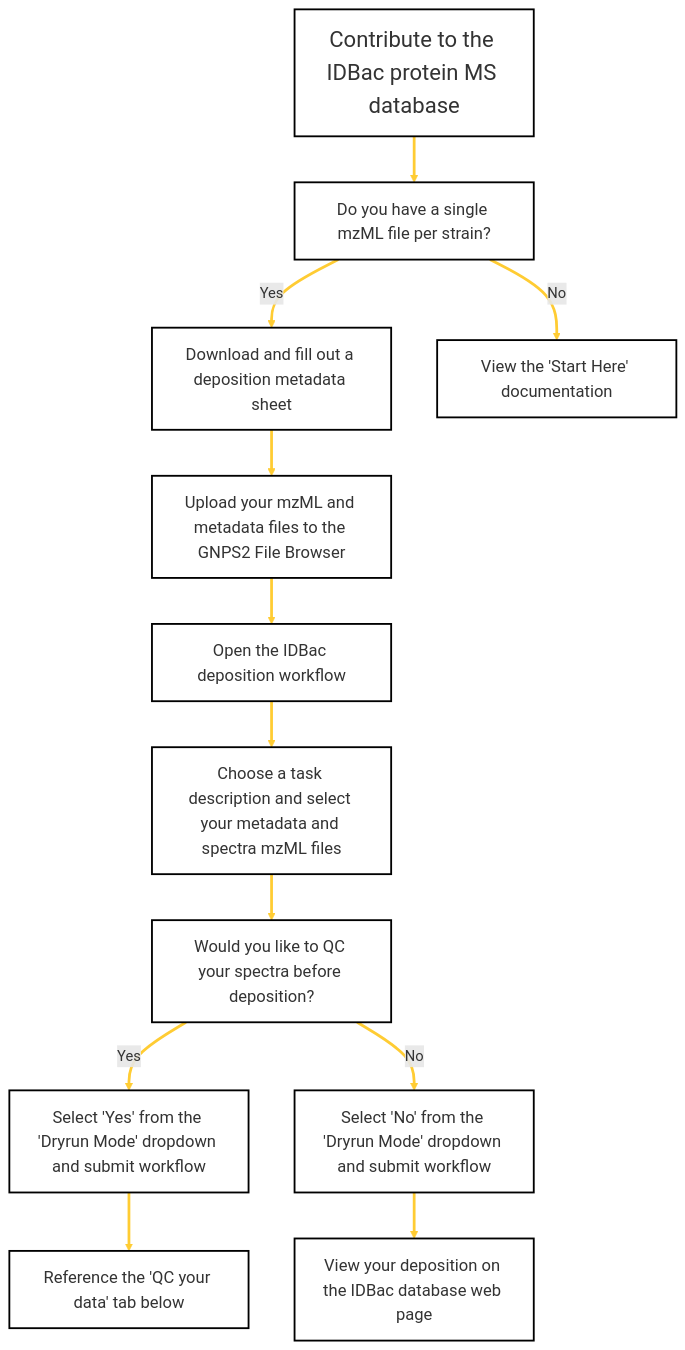
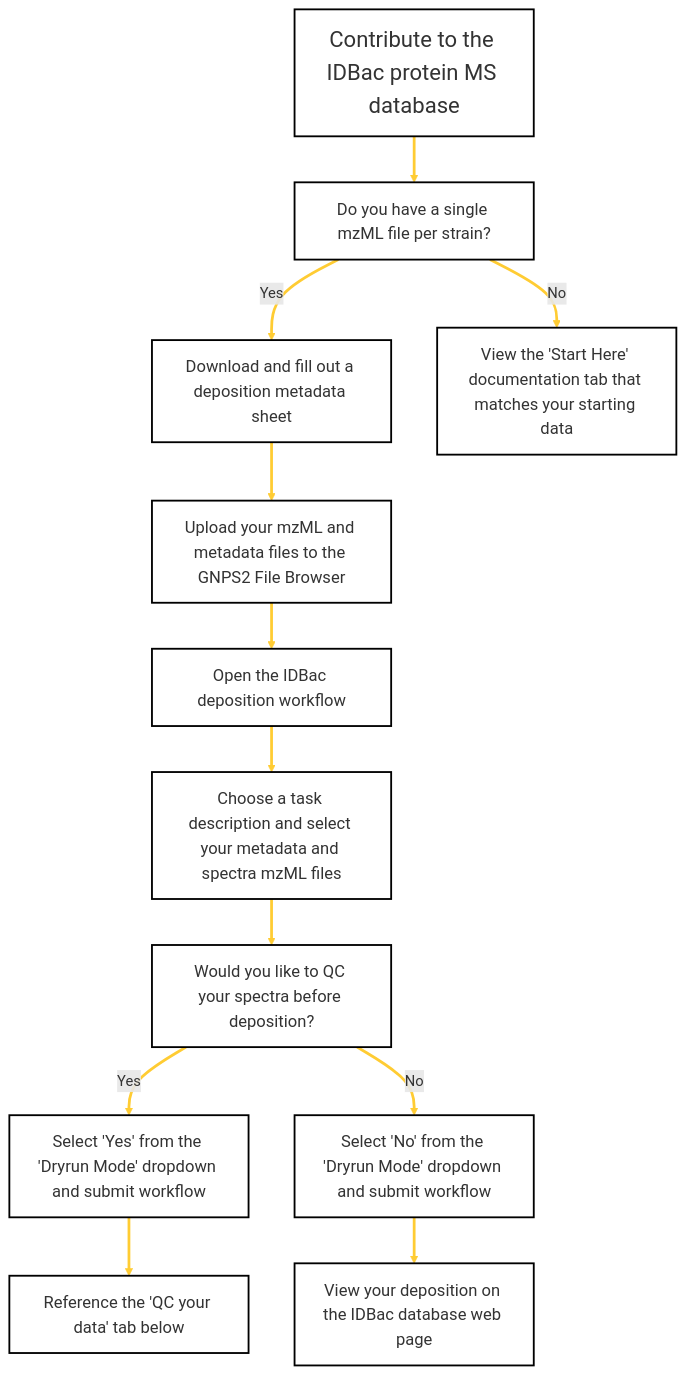
One commit to Wang-Bioinformatics-Lab/GNPS2_Documentation changed the diagram in docs/idbacdepositions.md. Above: the diagram before and after it, drawn with Mermaid. The commit also changed other lines of this file, not shown here.

````diff
--- a/docs/idbacdepositions.md
+++ b/docs/idbacdepositions.md
@@ -16,50 +13,50 @@
 ```mermaid
 flowchart TD
     A[Contribute to the IDBac protein MS database] --> B[Do you have a single mzML file per strain?]
     B -->|Yes| C[Download and fill out a deposition metadata sheet]
-    B -->|No| D[View the 'Start Here' documentation]
+    B -->|No| D[View the 'Start Here' documentation tab that matches your starting data]
     C --> E[Upload your mzML and metadata files to the GNPS2 File Browser]
     E --> F[Open the IDBac deposition workflow]
     F --> G[Choose a task description and select your metadata and spectra mzML files]
     G --> H[Would you like to QC your spectra before deposition?]
     H --> |Yes| I[Select 'Yes' from the 'Dryrun Mode' dropdown and submit workflow]
     H --> |No| J[Select 'No' from the 'Dryrun Mode' dropdown and submit workflow]
     J --> K[View your deposition on the IDBac database web page]
     I --> L[Reference the 'QC your data' tab below]
    
     click C href "https://docs.google.com/spreadsheets/d/1yKsZ2FEw8-cWufvY8l31Ju8NTKujmEtb/edit?usp=sharing&ouid=102573514213912402103&rtpof=true&sd=true"
     click E href "https://gnps2.org/homepage"
     click F href "https://gnps2.org/workflowinput?workflowname=idbacdeposition_workflow"
     click K href "https://idbac.org/database"
 
 
  %% Styling
     style A fill:#FFFFFF,stroke:#000000,stroke-width:2px,font-size:24px
     style B fill:#FFFFFF,stroke:#000000,stroke-width:2px,font-size:18px
     style C fill:#FFFFFF,stroke:#000000,stroke-width:2px,font-size:18px
     style D fill:#FFFFFF,stroke:#000000,stroke-width:2px,font-size:18px
     style E fill:#FFFFFF,stroke:#000000,stroke-width:2px,font-size:18px
     style F fill:#FFFFFF,stroke:#000000,stroke-width:2px,font-size:18px
     style G fill:#FFFFFF,stroke:#000000,stroke-width:2px,font-size:18px
     style H fill:#FFFFFF,stroke:#000000,stroke-width:2px,font-size:18px
     style I fill:#FFFFFF,stroke:#000000,stroke-width:2px,font-size:18px
     style J fill:#FFFFFF,stroke:#000000,stroke-width:2px,font-size:18px
     style K fill:#FFFFFF,stroke:#000000,stroke-width:2px,font-size:18px
     style L fill:#FFFFFF,stroke:#000000,stroke-width:2px,font-size:18px 
 
 %% Link Styling
     linkStyle 0 stroke:#ffcc33,stroke-width:3px
     linkStyle 1 stroke:#ffcc33,stroke-width:3px
     linkStyle 2 stroke:#ffcc33,stroke-width:3px
     linkStyle 3 stroke:#ffcc33,stroke-width:3px
     linkStyle 4 stroke:#ffcc33,stroke-width:3px
     linkStyle 5 stroke:#ffcc33,stroke-width:3px
     linkStyle 6 stroke:#ffcc33,stroke-width:3px
     linkStyle 7 stroke:#ffcc33,stroke-width:3px
     linkStyle 8 stroke:#ffcc33,stroke-width:3px
     linkStyle 9 stroke:#ffcc33,stroke-width:3px
     linkStyle 10 stroke:#ffcc33,stroke-width:3px
     
    
 
 ```
````
